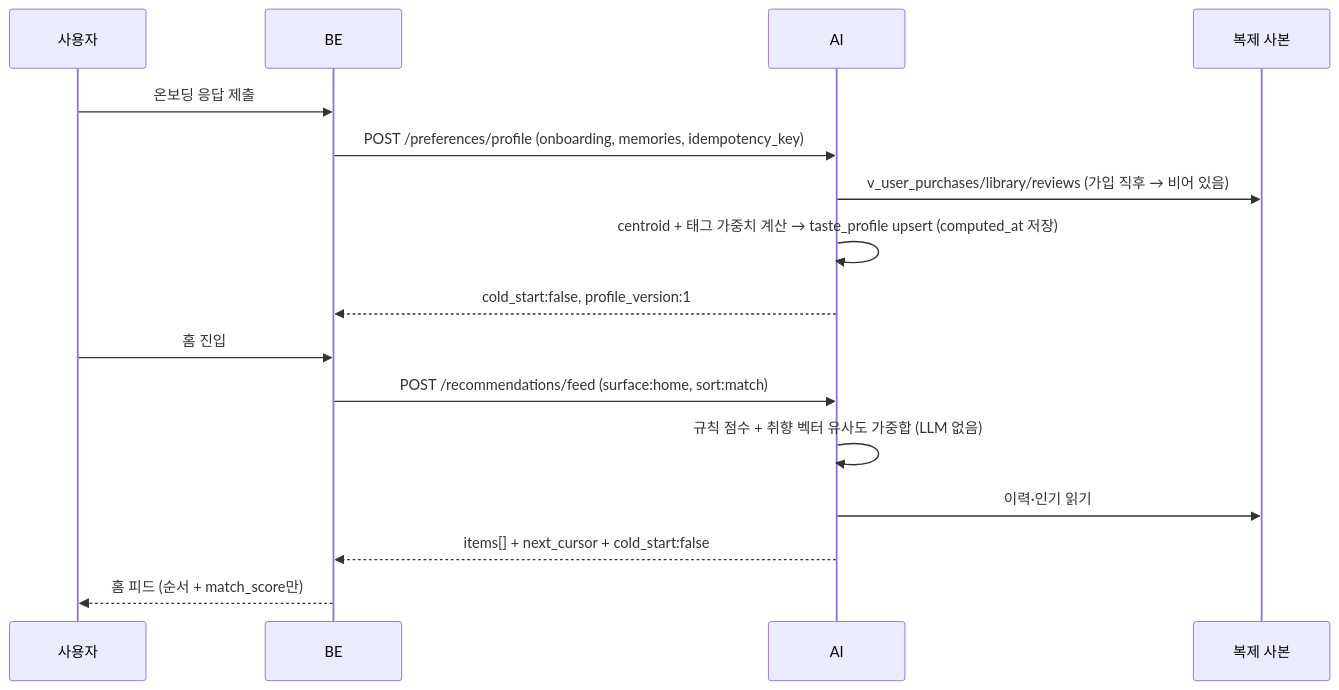
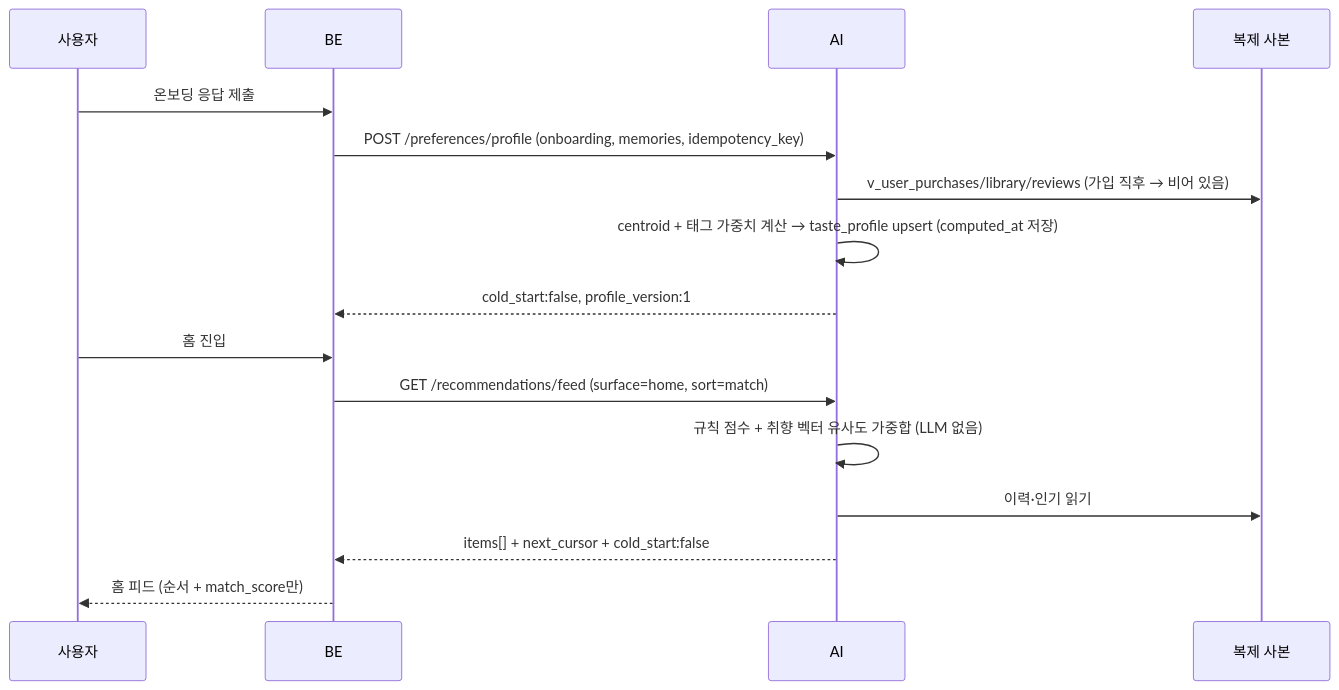
Before and after one commit to 100-hours-a-week/KTB4-13th-AI: diagram 11 of 16 in docs/design/ai-server-api-시퀀스.md, drawn with Mermaid. The commit also changed other lines of this file and 6 other files, not shown here.

````diff
--- a/docs/design/ai-server-api-시퀀스.md
+++ b/docs/design/ai-server-api-시퀀스.md
@@ -367,18 +368,18 @@
 ```mermaid
 sequenceDiagram
     participant U as 사용자
     participant BE
     participant AI
     participant CP as 복제 사본
     U->>BE: 온보딩 응답 제출
     BE->>AI: POST /preferences/profile (onboarding, memories, idempotency_key)
     AI->>CP: v_user_purchases/library/reviews (가입 직후 → 비어 있음)
     AI->>AI: centroid + 태그 가중치 계산 → taste_profile upsert (computed_at 저장)
     AI-->>BE: cold_start:false, profile_version:1
     U->>BE: 홈 진입
-    BE->>AI: POST /recommendations/feed (surface:home, sort:match)
+    BE->>AI: GET /recommendations/feed (surface=home, sort=match)
     AI->>AI: 규칙 점수 + 취향 벡터 유사도 가중합 (LLM 없음)
     AI->>CP: 이력·인기 읽기
     AI-->>BE: items[] + next_cursor + cold_start:false
     BE-->>U: 홈 피드 (순서 + match_score만)
 ```
````
